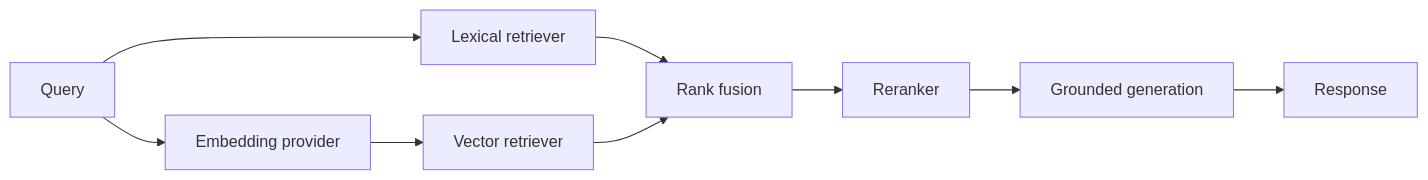
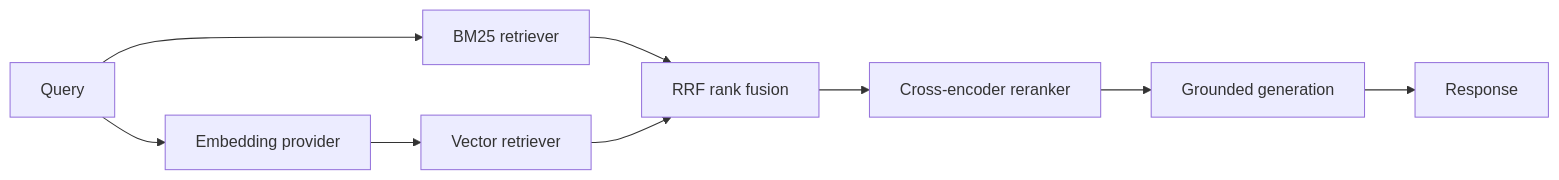
Before and after one commit to Croop-weed/FAQ-RAG: the diagram in docs/architecture.md, drawn with Mermaid. The commit also changed other lines of this file and 21 other files, not shown here.

````diff
--- a/docs/architecture.md
+++ b/docs/architecture.md
@@ -28,11 +32,11 @@
 ```mermaid
 flowchart LR
-	Q[Query] --> L[Lexical retriever]
+	Q[Query] --> L[BM25 retriever]
 	Q --> E[Embedding provider]
 	E --> V[Vector retriever]
-	L --> F[Rank fusion]
+	L --> F[RRF rank fusion]
 	V --> F
-	F --> R[Reranker]
+	F --> R[Cross-encoder reranker]
 	R --> G[Grounded generation]
 	G --> O[Response]
 ```
````
